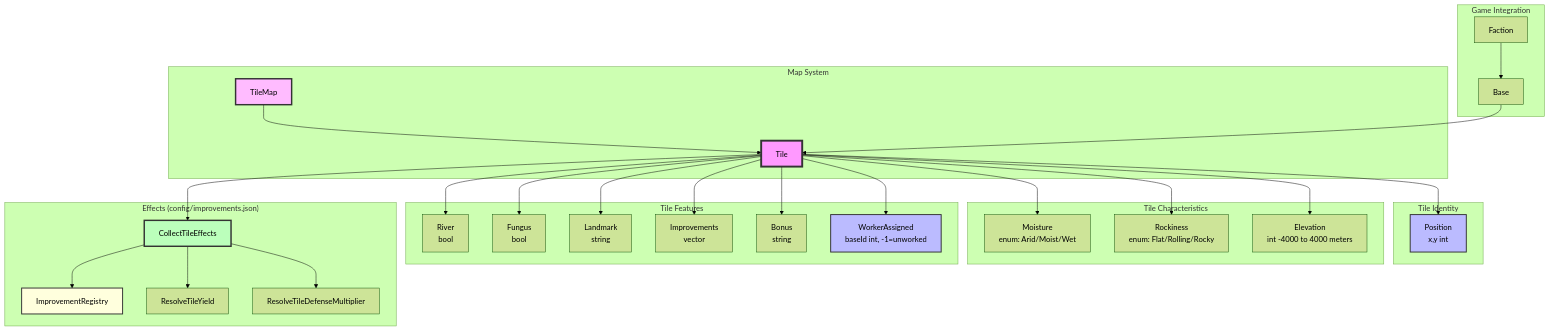
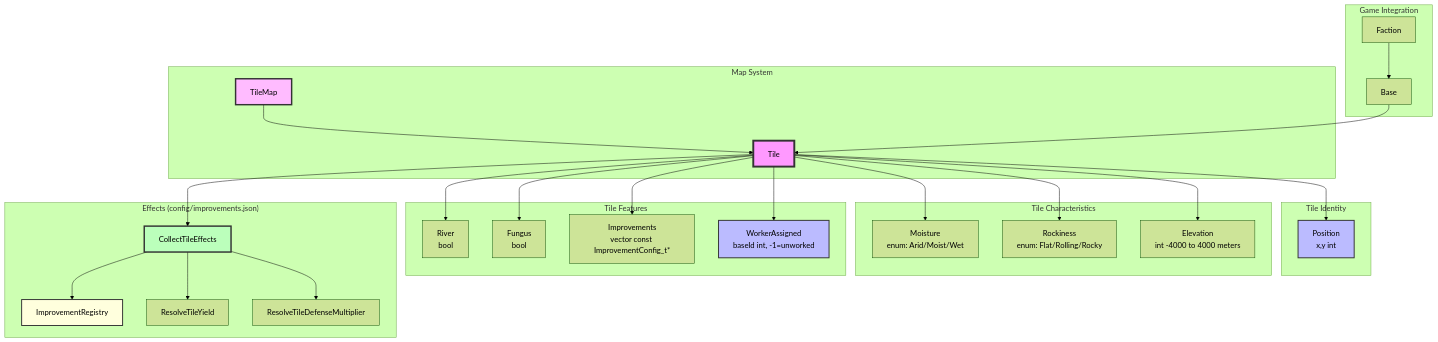
The first of 2 diagrams in docs/architecture/map-system.md (kilianloftis/alpha-centauri), drawn with Mermaid (forest theme) before and after one commit. The commit also changed other lines of this file and 9 other files, not shown here.

````diff
--- a/docs/architecture/map-system.md
+++ b/docs/architecture/map-system.md
@@ -3,63 +3,59 @@
 ```mermaid
 graph TB
     subgraph "Map System"
         TileMap[TileMap]
         Tile[Tile]
     end
 
     subgraph "Tile Identity"
         Position[Position<br/>x,y int]
     end
 
     subgraph "Tile Characteristics"
         Moisture[Moisture<br/>enum: Arid/Moist/Wet]
         Rockiness[Rockiness<br/>enum: Flat/Rolling/Rocky]
         Elevation[Elevation<br/>int -4000 to 4000 meters]
     end
 
     subgraph "Tile Features"
         River[River<br/>bool]
         Fungus[Fungus<br/>bool]
-        Landmark[Landmark<br/>string]
-        Improvements[Improvements<br/>vector<string>]
-        Bonus[Bonus<br/>string]
+        Improvements[Improvements<br/>vector const ImprovementConfig_t*]
         WorkerAssigned[WorkerAssigned<br/>baseId int, -1=unworked]
     end
 
     subgraph "Effects (config/improvements.json)"
         ImprovementRegistry[ImprovementRegistry]
         CollectTileEffects[CollectTileEffects]
         ResolveTileYield[ResolveTileYield]
         ResolveTileDefenseMultiplier[ResolveTileDefenseMultiplier]
     end
 
     subgraph "Game Integration"
         Base[Base]
         Faction[Faction]
     end
 
     TileMap --> Tile
     Tile --> Position
     Tile --> Moisture
     Tile --> Rockiness
     Tile --> Elevation
     Tile --> River
     Tile --> Fungus
-    Tile --> Landmark
     Tile --> Improvements
-    Tile --> Bonus
     Tile --> WorkerAssigned
     Tile --> CollectTileEffects
     CollectTileEffects --> ImprovementRegistry
     CollectTileEffects --> ResolveTileYield
     CollectTileEffects --> ResolveTileDefenseMultiplier
     Base --> Tile
     Faction --> Base
 
     style Tile fill:#f9f,stroke:#333,stroke-width:4px
     style TileMap fill:#fbf,stroke:#333,stroke-width:3px
     style Position fill:#bbf,stroke:#333,stroke-width:2px
     style WorkerAssigned fill:#bbf,stroke:#333,stroke-width:2px
     style ImprovementRegistry fill:#ffd,stroke:#333,stroke-width:2px
     style CollectTileEffects fill:#bfb,stroke:#333,stroke-width:3px
 ```
````
